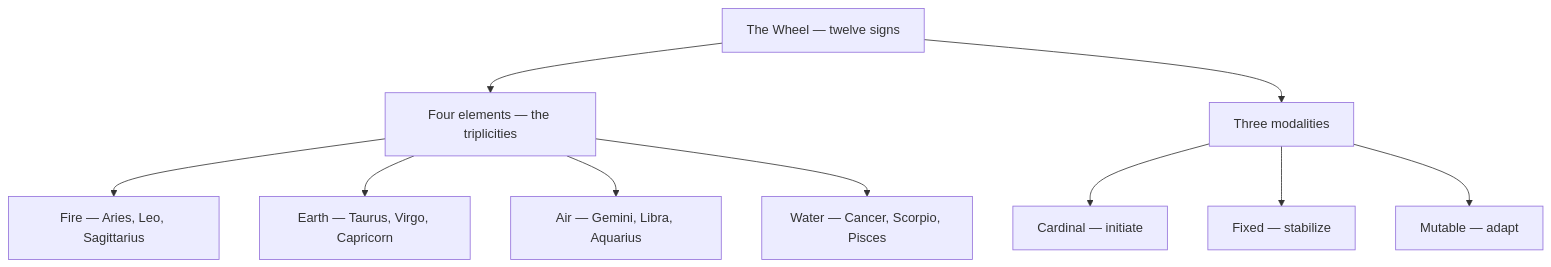
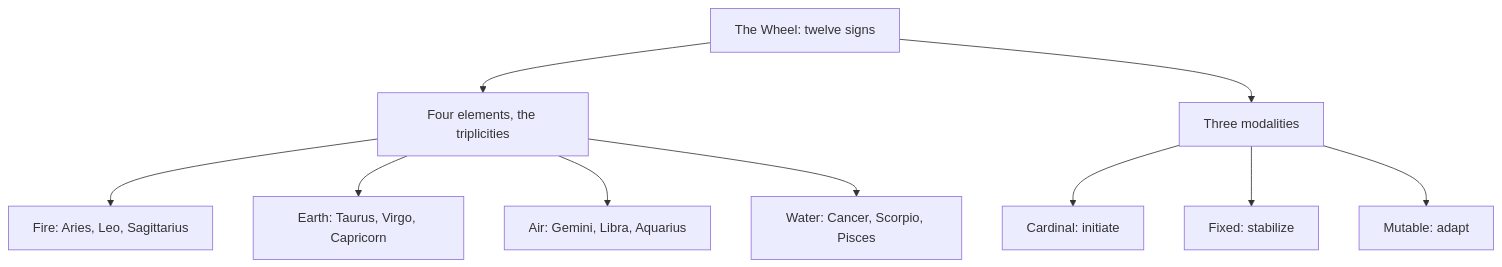
One commit to kennethreitz/kennethreitz.org changed the diagram in data/knowledge/astrology/signs/index.md. Above: the diagram before and after it, drawn with Mermaid. The commit also changed other lines of this file and 879 other files, not shown here.

````diff
--- a/data/knowledge/astrology/signs/index.md
+++ b/data/knowledge/astrology/signs/index.md
@@ -18,13 +18,13 @@
 ```mermaid
 flowchart TD
-    W["The Wheel — twelve signs"]
-    W --> E["Four elements — the triplicities"]
+    W["The Wheel: twelve signs"]
+    W --> E["Four elements, the triplicities"]
     W --> M["Three modalities"]
-    E --> Fire["Fire — Aries, Leo, Sagittarius"]
-    E --> Earth["Earth — Taurus, Virgo, Capricorn"]
-    E --> Air["Air — Gemini, Libra, Aquarius"]
-    E --> Water["Water — Cancer, Scorpio, Pisces"]
-    M --> Card["Cardinal — initiate"]
-    M --> Fix["Fixed — stabilize"]
-    M --> Mut["Mutable — adapt"]
+    E --> Fire["Fire: Aries, Leo, Sagittarius"]
+    E --> Earth["Earth: Taurus, Virgo, Capricorn"]
+    E --> Air["Air: Gemini, Libra, Aquarius"]
+    E --> Water["Water: Cancer, Scorpio, Pisces"]
+    M --> Card["Cardinal: initiate"]
+    M --> Fix["Fixed: stabilize"]
+    M --> Mut["Mutable: adapt"]
 ```
````
